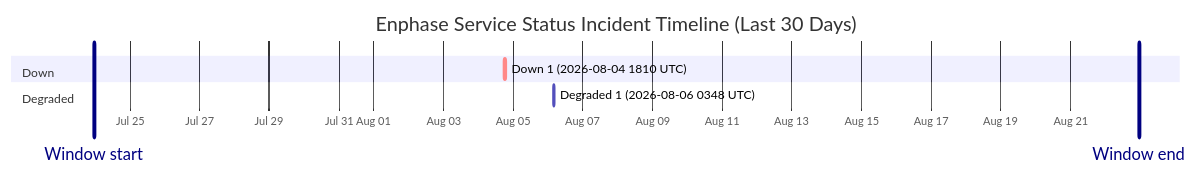
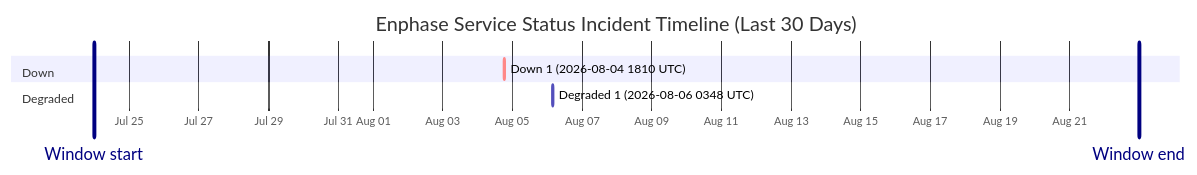
Before and after one commit to barneyonline/ha-enphase-energy: the diagram in wiki/Service-Status-History.md, drawn with Mermaid. The commit also changed other lines of this file and 3 other files, not shown here.

````diff
--- a/wiki/Service-Status-History.md
+++ b/wiki/Service-Status-History.md
@@ -14,12 +14,12 @@
 ```mermaid
 gantt
     title Enphase Service Status Incident Timeline (Last 30 Days)
     dateFormat  YYYY-MM-DDTHH:mm:ss
     axisFormat  %b %d
-    Window start :vert, window-start, 2026-07-23T23:18:12, 0ms
-    Window end :vert, window-end, 2026-08-22T23:18:12, 0ms
+    Window start :vert, window-start, 2026-07-23T23:44:42, 0ms
+    Window end :vert, window-end, 2026-08-22T23:44:42, 0ms
     section Down
     Down 1 (2026-08-04 1810 UTC) :crit, down-1, 2026-08-04T18:10:46, 60m
     section Degraded
     Degraded 1 (2026-08-06 0348 UTC) :active, degraded-1, 2026-08-06T03:48:14, 60m
 ```
````
